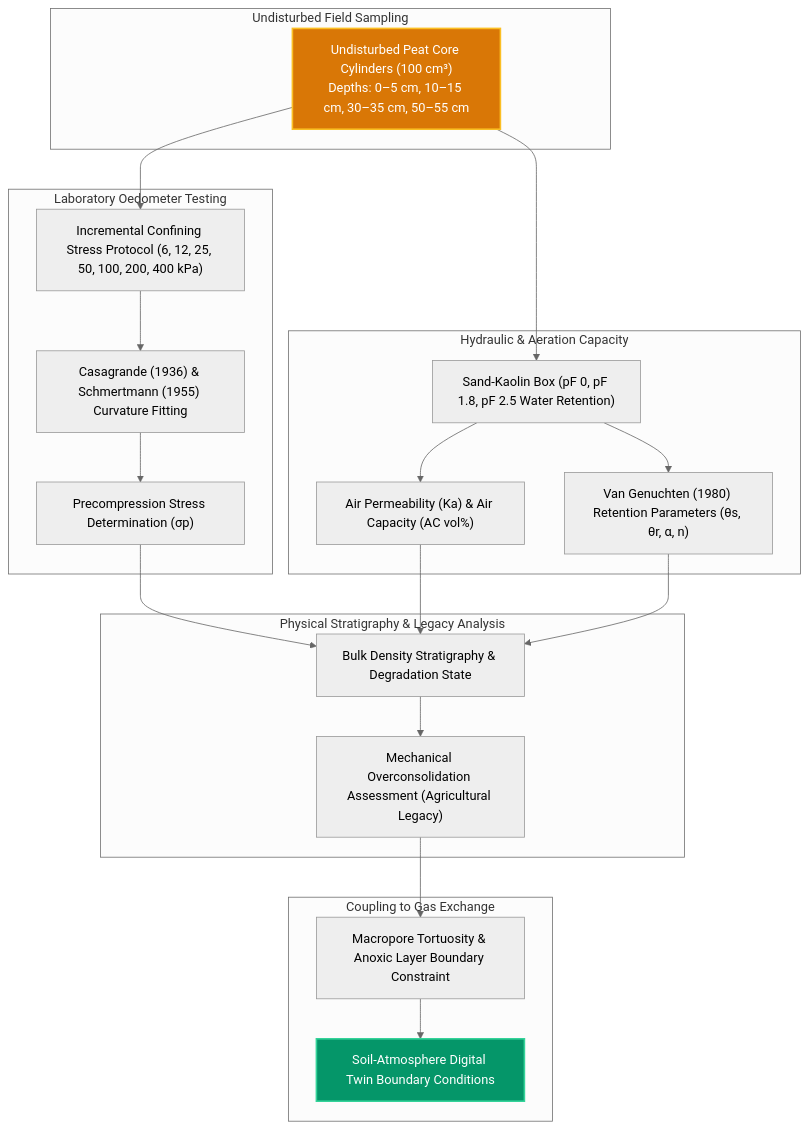
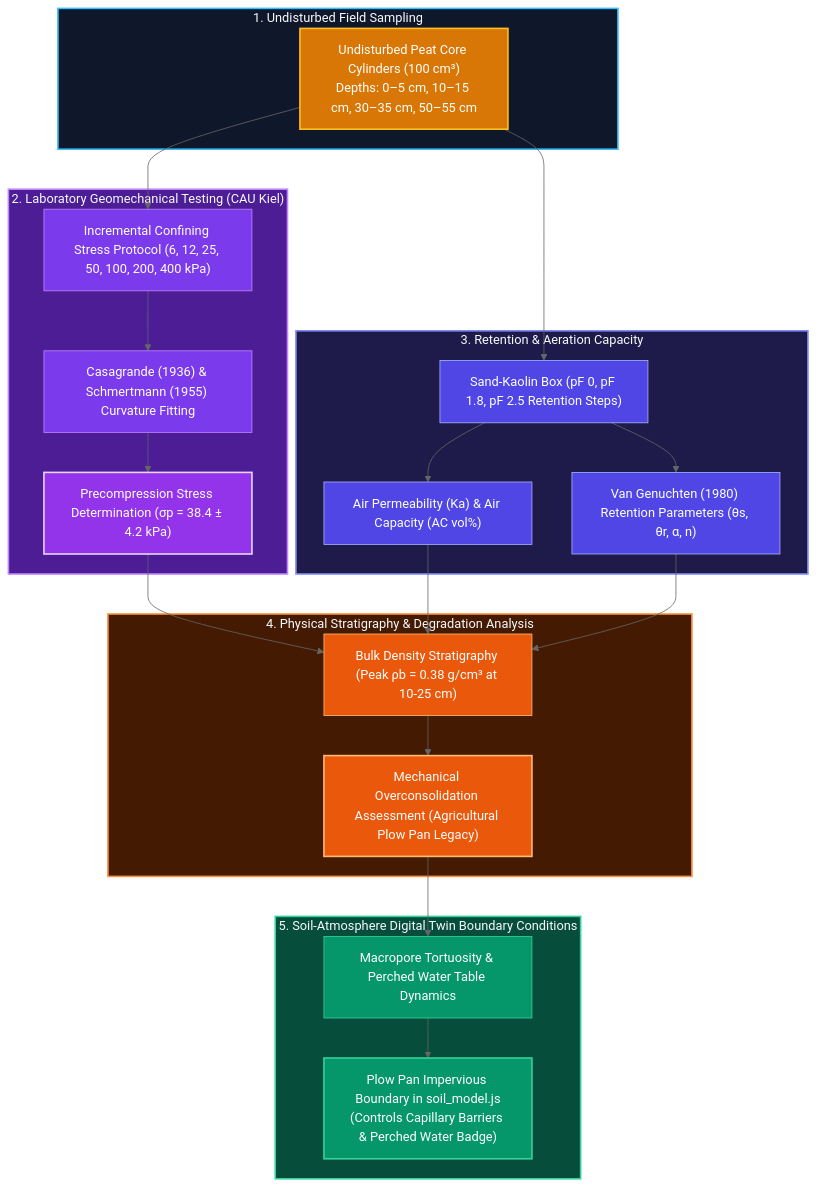
The diagram in scripts_hub/mermaid/04_soil_physics_geomechanics_pipeline.md (danisantanderurrutia-coder/wetland-monitor), drawn with Mermaid (neutral theme) before and after one commit. The commit also changed other lines of this file and 11 other files, not shown here.

Commit message:
feat(hub): add twin architecture and data ingestion pipelines, RStudio syntax highlighting, and enhanced Mermaid diagrams

````diff
--- a/scripts_hub/mermaid/04_soil_physics_geomechanics_pipeline.md
+++ b/scripts_hub/mermaid/04_soil_physics_geomechanics_pipeline.md
@@ -5,31 +5,46 @@
 ```mermaid
 flowchart TD
-    subgraph Undisturbed Field Sampling
+    subgraph Sampling ["1. Undisturbed Field Sampling"]
         CoreSampling["Undisturbed Peat Core Cylinders (100 cm³)\nDepths: 0–5 cm, 10–15 cm, 30–35 cm, 50–55 cm"]
     end
 
-    subgraph Laboratory Oedometer Testing
+    subgraph Oedometer_Testing ["2. Laboratory Geomechanical Testing (CAU Kiel)"]
         CoreSampling --> StepLoading["Incremental Confining Stress Protocol (6, 12, 25, 50, 100, 200, 400 kPa)"]
         StepLoading --> CasagrandeMethod["Casagrande (1936) & Schmertmann (1955) Curvature Fitting"]
-        CasagrandeMethod --> SigmaP["Precompression Stress Determination (σp)"]
+        CasagrandeMethod --> SigmaP["Precompression Stress Determination (σp = 38.4 ± 4.2 kPa)"]
     end
 
-    subgraph Hydraulic & Aeration Capacity
-        CoreSampling --> Sandbox["Sand-Kaolin Box (pF 0, pF 1.8, pF 2.5 Water Retention)"]
+    subgraph Hydraulics_Aeration ["3. Retention & Aeration Capacity"]
+        CoreSampling --> Sandbox["Sand-Kaolin Box (pF 0, pF 1.8, pF 2.5 Retention Steps)"]
         Sandbox --> AirPerm["Air Permeability (Ka) & Air Capacity (AC vol%)"]
         Sandbox --> VanGenuchten["Van Genuchten (1980) Retention Parameters (θs, θr, α, n)"]
     end
 
-    subgraph Physical Stratigraphy & Legacy Analysis
-        SigmaP & AirPerm & VanGenuchten --> BulkDensity["Bulk Density Stratigraphy & Degradation State"]
-        BulkDensity --> MechanicalLegacy["Mechanical Overconsolidation Assessment (Agricultural Legacy)"]
+    subgraph Degradation_Stratigraphy ["4. Physical Stratigraphy & Degradation Analysis"]
+        SigmaP & AirPerm & VanGenuchten --> BulkDensity["Bulk Density Stratigraphy (Peak ρb = 0.38 g/cm³ at 10-25 cm)"]
+        BulkDensity --> MechanicalLegacy["Mechanical Overconsolidation Assessment (Agricultural Plow Pan Legacy)"]
     end
 
-    subgraph Coupling to Gas Exchange
-        MechanicalLegacy --> PorosityCoupling["Macropore Tortuosity & Anoxic Layer Boundary Constraint"]
-        PorosityCoupling --> DigitalTwinPhysics["Soil-Atmosphere Digital Twin Boundary Conditions"]
+    subgraph Twin_Boundary ["5. Soil-Atmosphere Digital Twin Boundary Conditions"]
+        MechanicalLegacy --> PorosityCoupling["Macropore Tortuosity & Perched Water Table Dynamics"]
+        PorosityCoupling --> DigitalTwinPhysics["Plow Pan Impervious Boundary in soil_model.js\n(Controls Capillary Barriers & Perched Water Badge)"]
     end
 
+    style Sampling fill:#0f172a,stroke:#38bdf8,stroke-width:2px,color:#f8fafc
+    style Oedometer_Testing fill:#4c1d95,stroke:#c084fc,stroke-width:2px,color:#f8fafc
+    style Hydraulics_Aeration fill:#1e1b4b,stroke:#818cf8,stroke-width:2px,color:#f8fafc
+    style Degradation_Stratigraphy fill:#451a03,stroke:#fb923c,stroke-width:2px,color:#f8fafc
+    style Twin_Boundary fill:#064e3b,stroke:#34d399,stroke-width:2px,color:#f8fafc
+
     style CoreSampling fill:#d97706,stroke:#fbbf24,stroke-width:2px,color:#ffffff
+    style StepLoading fill:#7c3aed,stroke:#c084fc,color:#ffffff
+    style CasagrandeMethod fill:#7c3aed,stroke:#c084fc,color:#ffffff
+    style SigmaP fill:#9333ea,stroke:#e9d5ff,stroke-width:2px,color:#ffffff
+    style Sandbox fill:#4f46e5,stroke:#a5b4fc,color:#ffffff
+    style AirPerm fill:#4f46e5,stroke:#a5b4fc,color:#ffffff
+    style VanGenuchten fill:#4f46e5,stroke:#a5b4fc,color:#ffffff
+    style BulkDensity fill:#ea580c,stroke:#fdba74,color:#ffffff
+    style MechanicalLegacy fill:#ea580c,stroke:#fdba74,stroke-width:2px,color:#ffffff
+    style PorosityCoupling fill:#059669,stroke:#34d399,color:#ffffff
     style DigitalTwinPhysics fill:#059669,stroke:#34d399,stroke-width:2px,color:#ffffff
 ```
````
